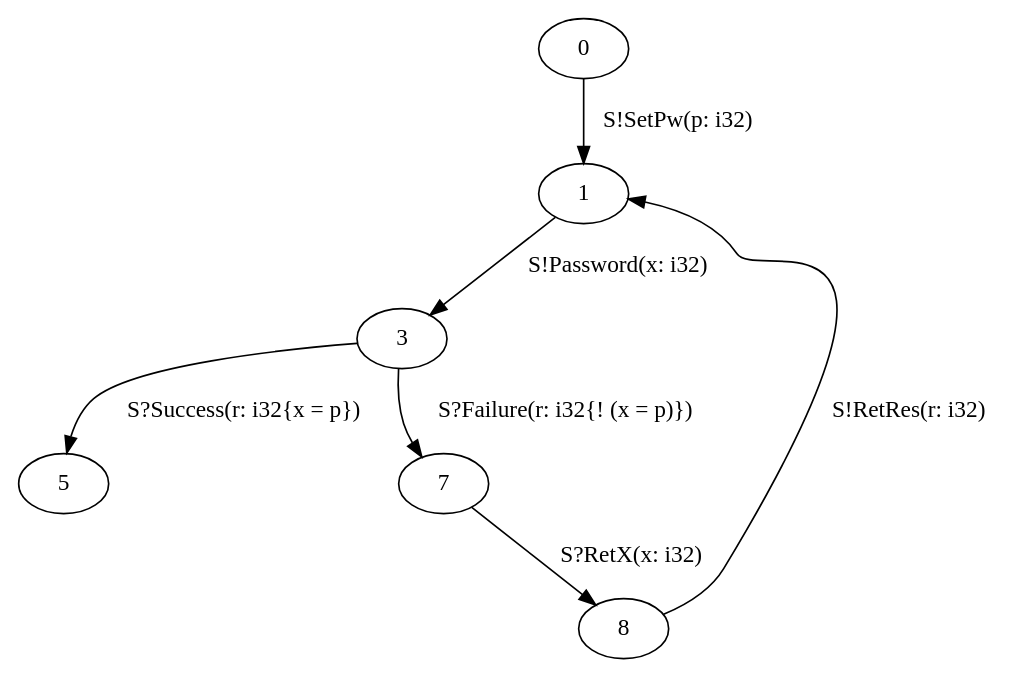
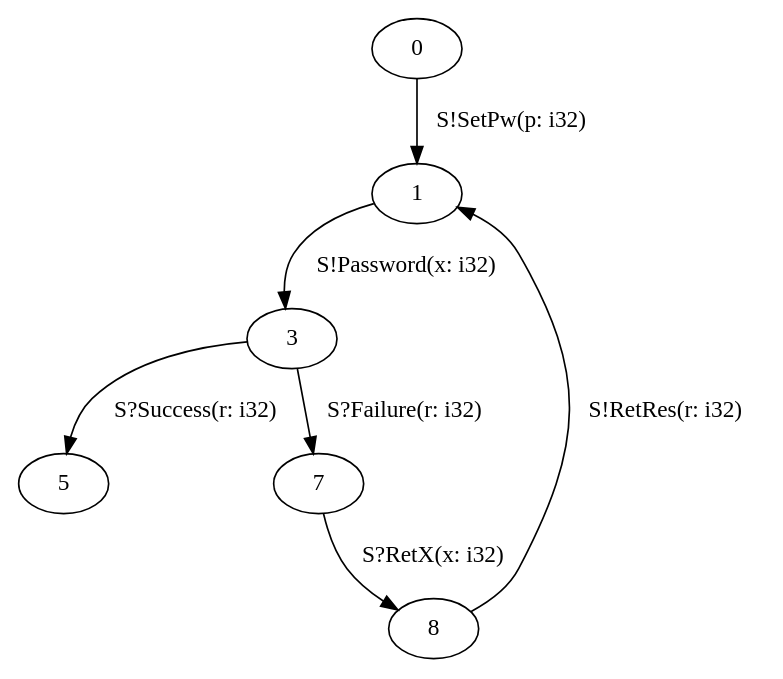
Before and after one commit to qixi5703/rumpsteak: the diagram in examples/Running examples/simple_auth/C_expected.dot, drawn with Graphviz. The commit also changed other lines of this file and 2 other files, not shown here.

```diff
--- a/examples/Running examples/simple_auth/C_expected.dot
+++ b/examples/Running examples/simple_auth/C_expected.dot
@@ -1,17 +1,17 @@
 digraph C {
   0;
   1;
   3;
   5;
   7;
   8;
   
   
   0 -> 1 [label="S!SetPw(p: i32)", ];
   1 -> 3 [label="S!Password(x: i32)", ];
-  3 -> 5 [label="S?Success(r: i32{x = p})", ];
-  3 -> 7 [label="S?Failure(r: i32{! (x = p)})", ];
+  3 -> 5 [label="S?Success(r: i32)", ];
+  3 -> 7 [label="S?Failure(r: i32)", ];
   7 -> 8 [label="S?RetX(x: i32)", ];
   8 -> 1 [label="S!RetRes(r: i32)", ];
   
   }
```
